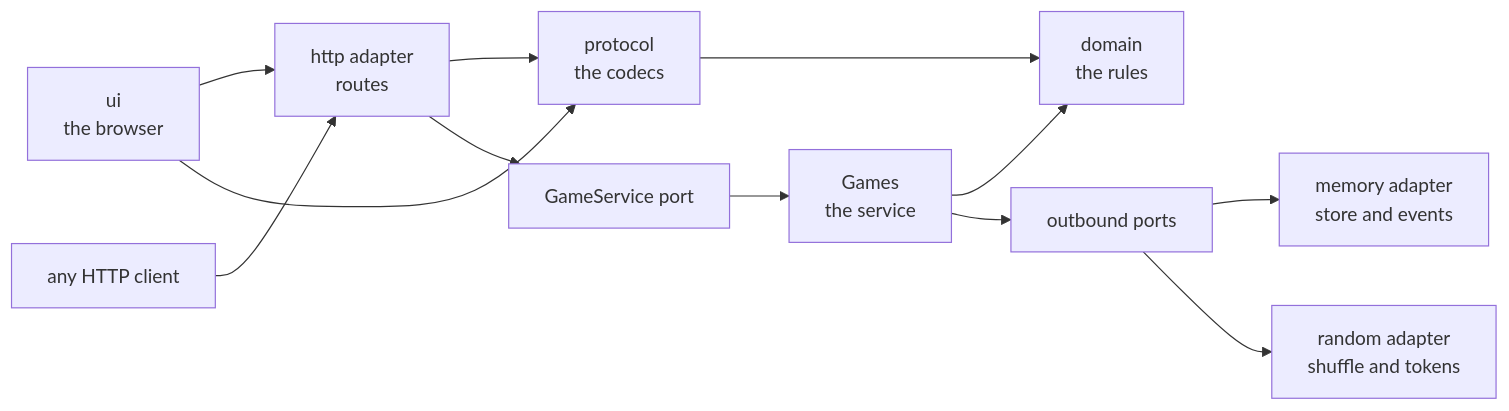
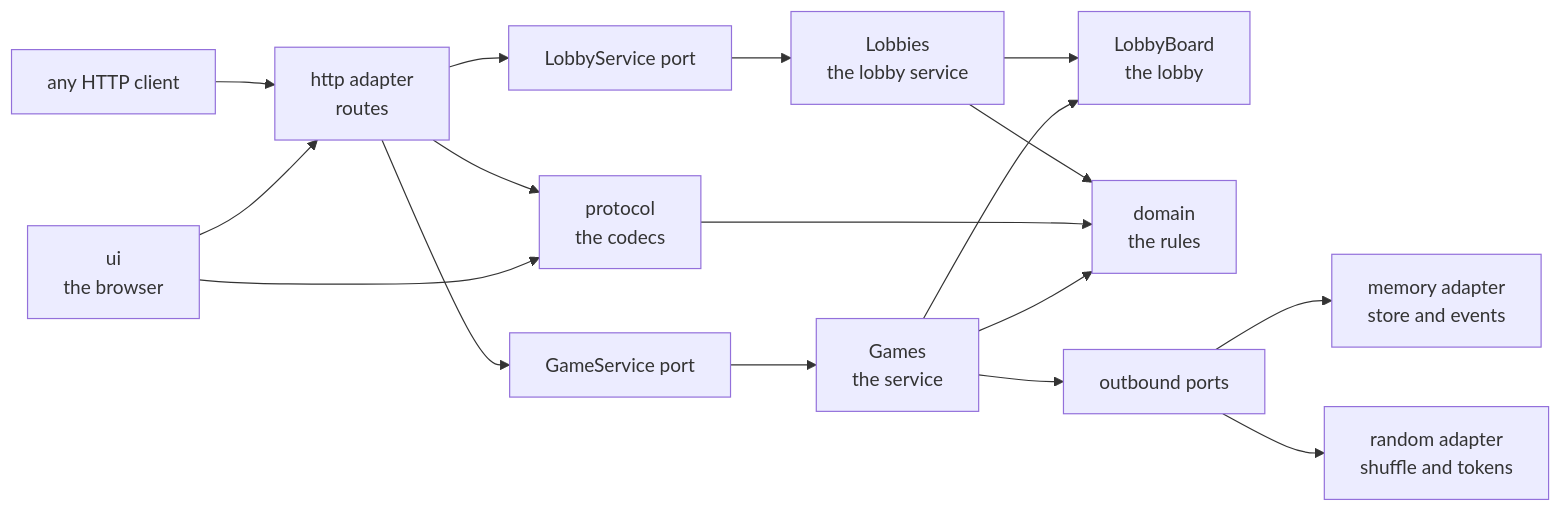
Before and after one commit to wiggly/gin: the first of 2 diagrams in docs/DESIGN.md, drawn with Mermaid. The commit also changed other lines of this file, not shown here.

Commit message:
Bring the design document up to date with the lobby

````diff
--- a/docs/DESIGN.md
+++ b/docs/DESIGN.md
@@ -27,14 +29,19 @@
 ```mermaid
 flowchart LR
     Browser["ui<br/>the browser"] --> Routes
     HTTP["any HTTP client"] --> Routes["http adapter<br/>routes"]
     Browser --> Codecs["protocol<br/>the codecs"]
     Routes --> Codecs
     Routes --> Service["GameService port"]
+    Routes --> LobbyPort["LobbyService port"]
     Service --> Games["Games<br/>the service"]
+    LobbyPort --> Lobbies["Lobbies<br/>the lobby service"]
+    Games --> Board
+    Lobbies --> Board["LobbyBoard<br/>the lobby"]
     Games --> Domain["domain<br/>the rules"]
     Codecs --> Domain
     Games --> Out["outbound ports"]
+    Lobbies --> Domain
     Out --> Memory["memory adapter<br/>store and events"]
     Out --> Random["random adapter<br/>shuffle and tokens"]
 ```
````
